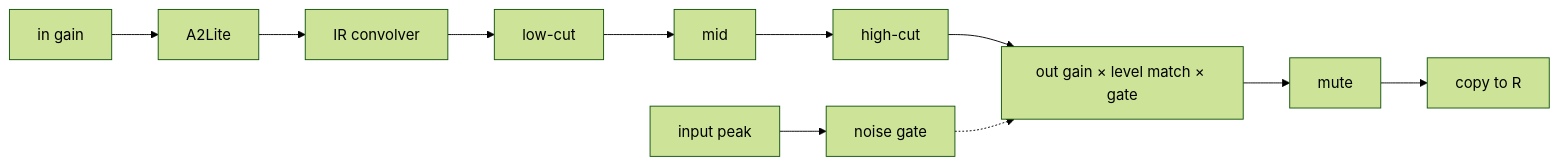
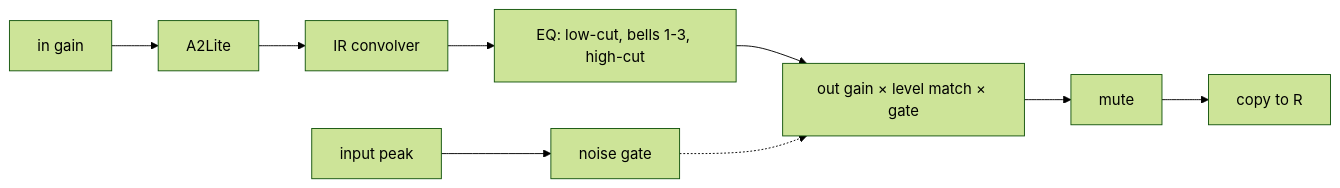
One commit to jimbattin/ducky changed the diagram in docs/FILTERS.md. Above: the diagram before and after it, drawn with Mermaid (forest theme). The commit also changed other lines of this file and 38 other files, not shown here.

Commit message:
Parametric EQ: low-cut, three bells, high-cut, set from the editor (M10)

````diff
--- a/docs/FILTERS.md
+++ b/docs/FILTERS.md
@@ -9,5 +9,5 @@
 ```mermaid
 graph LR
-  IN[in gain] --> NAM[A2Lite] --> IR[IR convolver] --> LC[low-cut] --> MID[mid] --> HC[high-cut] --> OUT[out gain × level match × gate] --> M[mute] --> R[copy to R]
+  IN[in gain] --> NAM[A2Lite] --> IR[IR convolver] --> EQ[EQ: low-cut, bells 1-3, high-cut] --> OUT[out gain × level match × gate] --> M[mute] --> R[copy to R]
   JACK[input peak] --> G[noise gate] -.-> OUT
 ```
````
